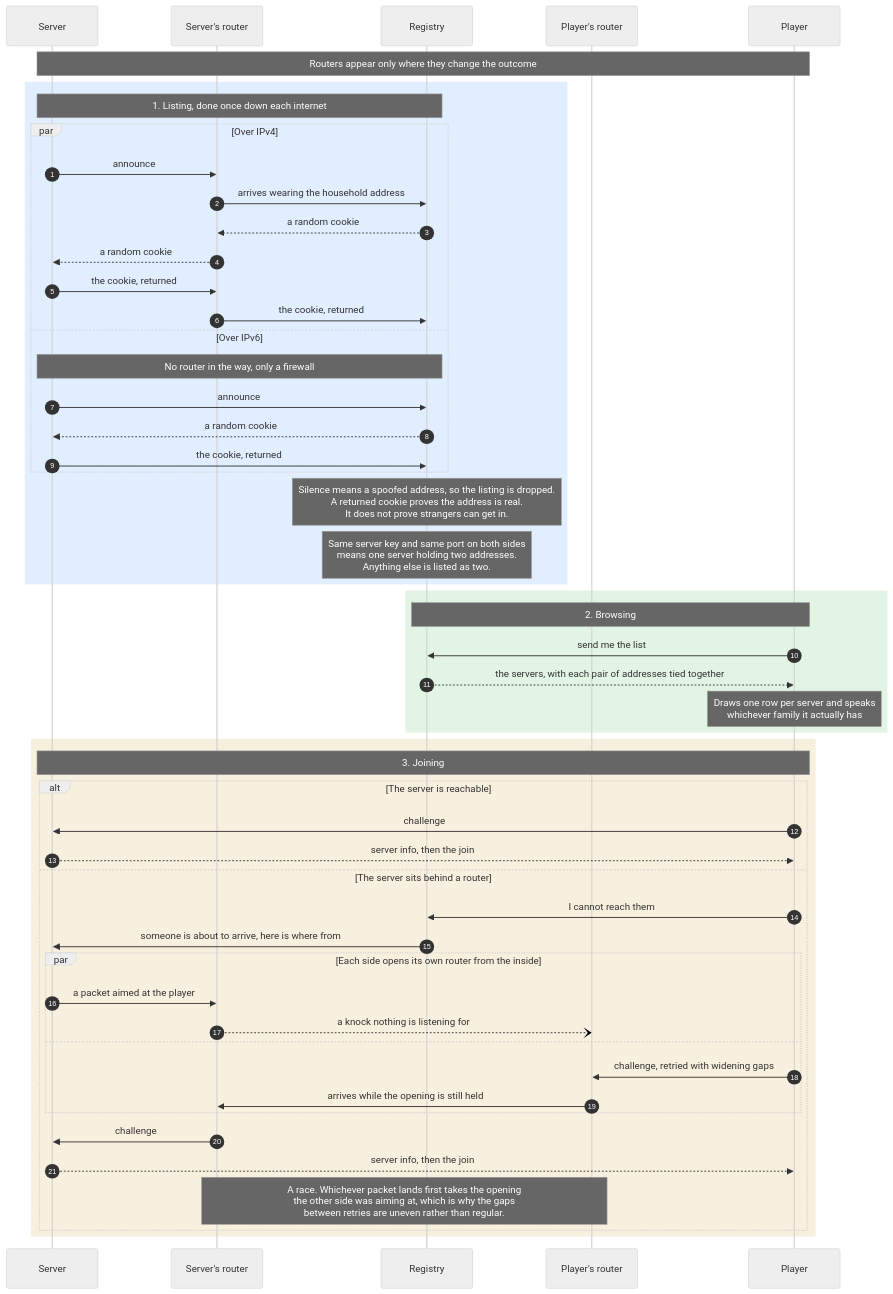
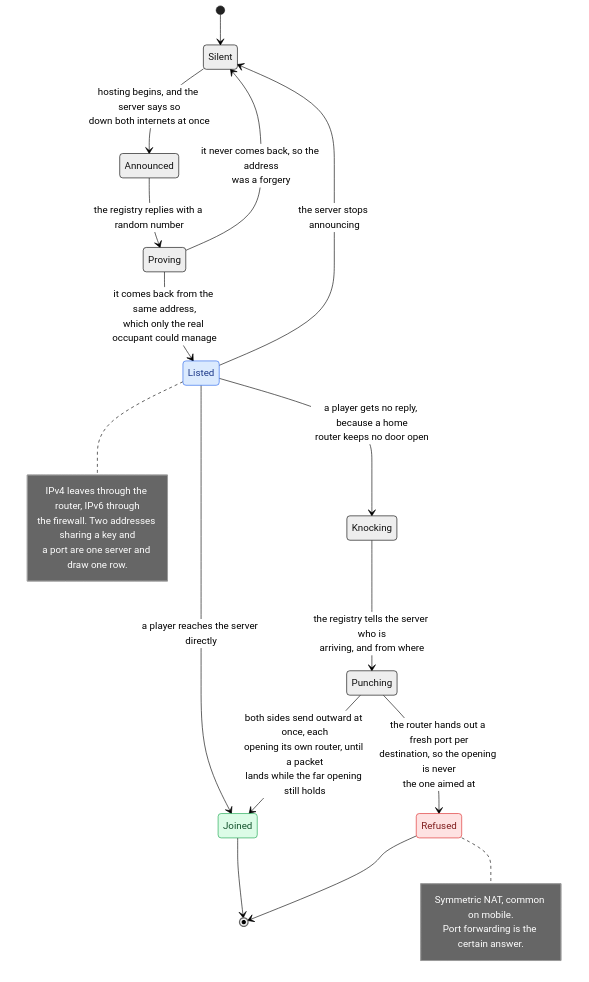
One commit to rc4l/ForkUnderA changed the diagram in README.server-registry.md. Above: the diagram before and after it, drawn with Mermaid (neutral theme).

Commit message:
Redraw the registry readme as a state diagram

````diff
--- a/README.server-registry.md
+++ b/README.server-registry.md
@@ -5,58 +5,32 @@
 ```mermaid
-sequenceDiagram
-    autonumber
-    participant S as Server
-    participant NS as Server's router
-    participant R as Registry
-    participant NP as Player's router
-    participant P as Player
+stateDiagram-v2
+    direction TB
 
-    Note over S,P: Routers appear only where they change the outcome
+    [*] --> Silent
 
-    rect rgba(56, 139, 253, 0.15)
-        Note over S,R: 1. Listing, done once down each internet
-        par Over IPv4
-            S->>NS: announce
-            NS->>R: arrives wearing the household address
-            R-->>NS: a random cookie
-            NS-->>S: a random cookie
-            S->>NS: the cookie, returned
-            NS->>R: the cookie, returned
-        and Over IPv6
-            Note over S,R: No router in the way, only a firewall
-            S->>R: announce
-            R-->>S: a random cookie
-            S->>R: the cookie, returned
-        end
-        Note over R: Silence means a spoofed address, so the listing is dropped.<br/>A returned cookie proves the address is real.<br/>It does not prove strangers can get in.
-        Note over R: Same server key and same port on both sides<br/>means one server holding two addresses.<br/>Anything else is listed as two.
-    end
+    Silent --> Announced : hosting begins, and the server says so<br/>down both internets at once
+    Announced --> Proving : the registry replies with a random number
+    Proving --> Silent : it never comes back, so the address<br/>was a forgery
+    Proving --> Listed : it comes back from the same address,<br/>which only the real occupant could manage
+    Listed --> Silent : the server stops announcing
 
-    rect rgba(63, 185, 80, 0.15)
-        Note over R,P: 2. Browsing
-        P->>R: send me the list
-        R-->>P: the servers, with each pair of addresses tied together
-        Note over P: Draws one row per server and speaks<br/>whichever family it actually has
-    end
+    Listed --> Joined : a player reaches the server directly
+    Listed --> Knocking : a player gets no reply, because a home<br/>router keeps no door open
 
-    rect rgba(210, 153, 34, 0.15)
-        Note over S,P: 3. Joining
-        alt The server is reachable
-            P->>S: challenge
-            S-->>P: server info, then the join
-        else The server sits behind a router
-            P->>R: I cannot reach them
-            R->>S: someone is about to arrive, here is where from
-            par Each side opens its own router from the inside
-                S->>NS: a packet aimed at the player
-                NS--)NP: a knock nothing is listening for
-            and
-                P->>NP: challenge, retried with widening gaps
-                NP->>NS: arrives while the opening is still held
-            end
-            NS->>S: challenge
-            S-->>P: server info, then the join
-            Note over NS,NP: A race. Whichever packet lands first takes the opening<br/>the other side was aiming at, which is why the gaps<br/>between retries are uneven rather than regular.
-        end
-    end
+    Knocking --> Punching : the registry tells the server who is<br/>arriving, and from where
+    Punching --> Joined : both sides send outward at once, each<br/>opening its own router, until a packet<br/>lands while the far opening still holds
+    Punching --> Refused : the router hands out a fresh port per<br/>destination, so the opening is never<br/>the one aimed at
+
+    Joined --> [*]
+    Refused --> [*]
+
+    note right of Listed : IPv4 leaves through the router, IPv6 through<br/>the firewall. Two addresses sharing a key and<br/>a port are one server and draw one row.
+    note right of Refused : Symmetric NAT, common on mobile.<br/>Port forwarding is the certain answer.
+
+    classDef good fill:#dcfce7,stroke:#16a34a,color:#14532d
+    classDef bad fill:#fee2e2,stroke:#dc2626,color:#7f1d1d
+    classDef live fill:#dbeafe,stroke:#2563eb,color:#1e3a8a
+    class Joined good
+    class Refused bad
+    class Listed live
 ```
````
